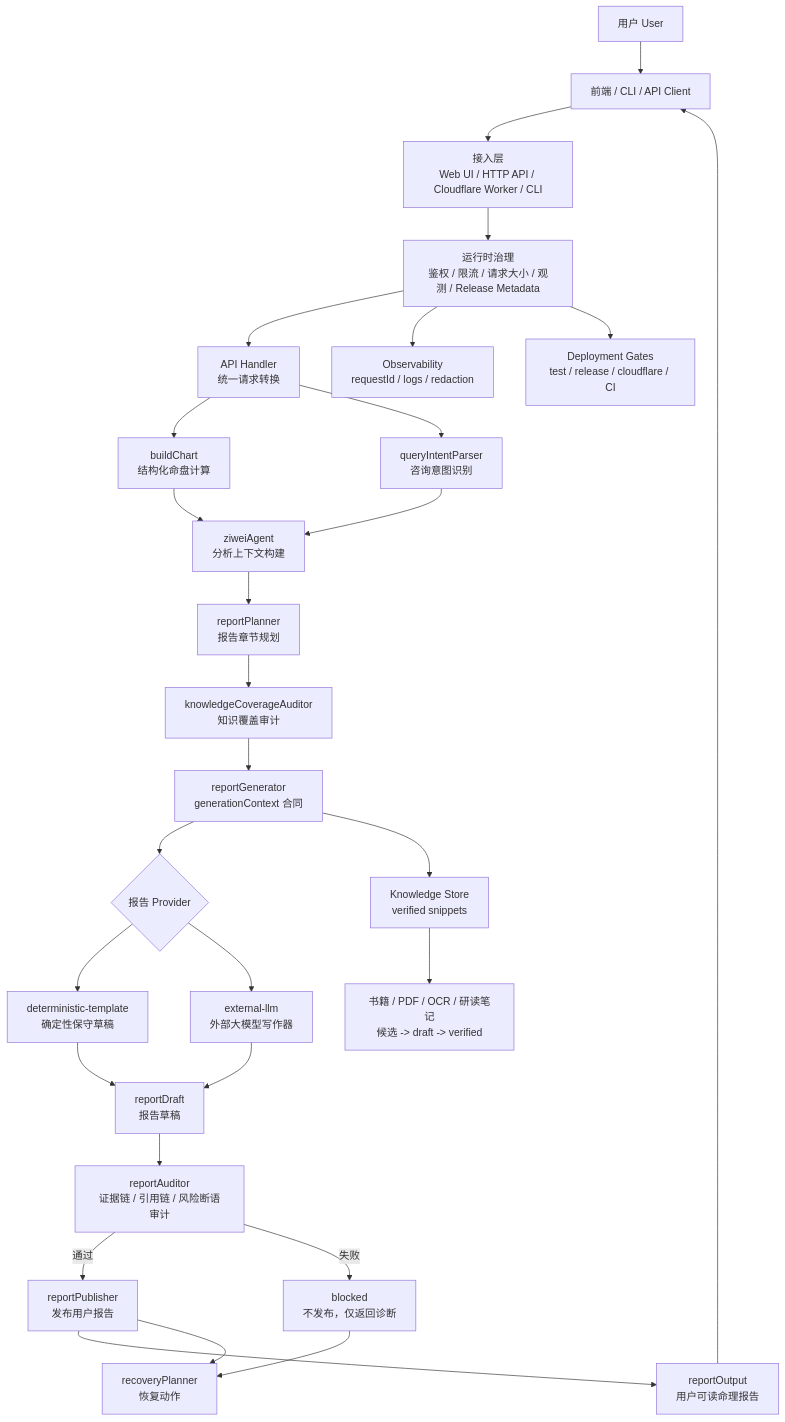
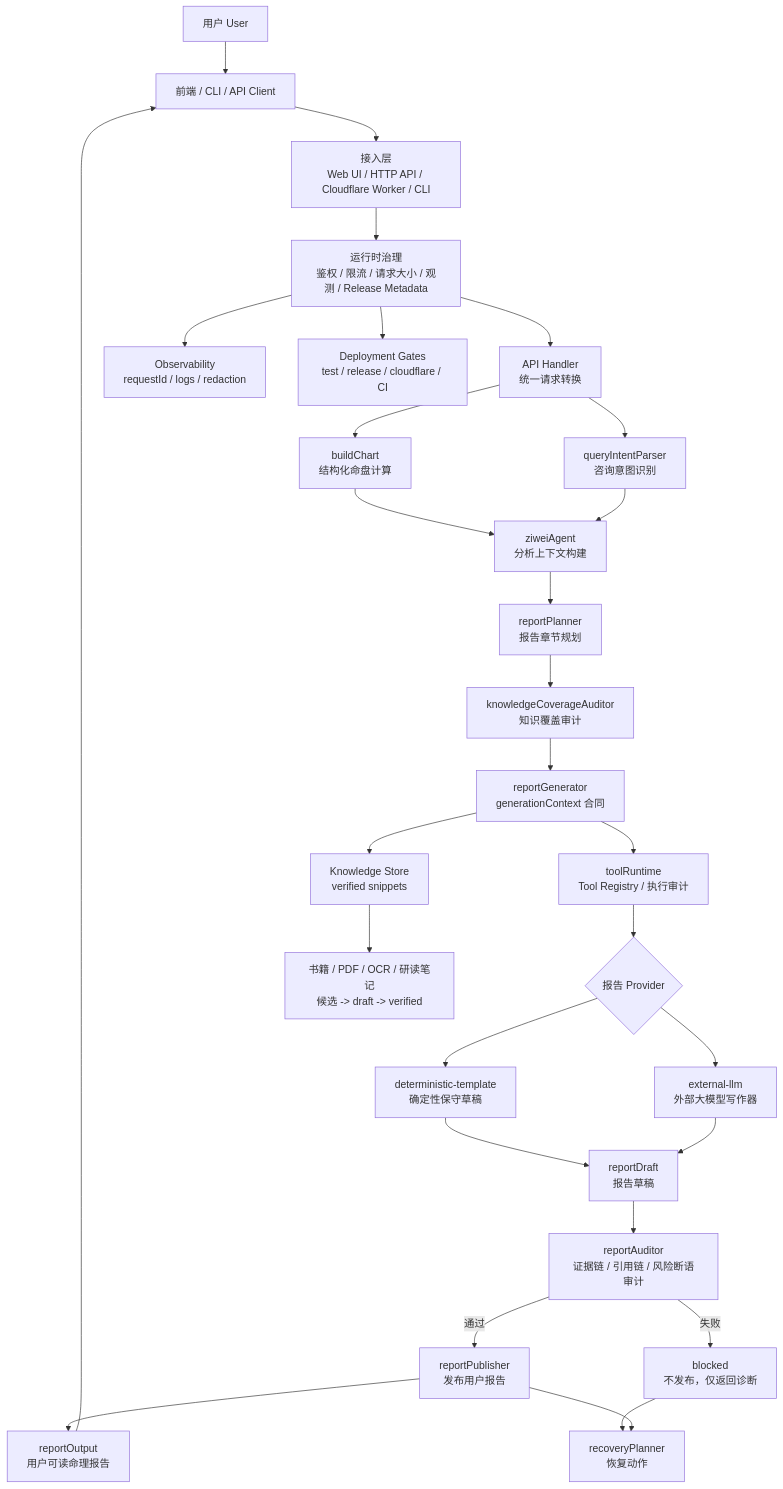
Before and after one commit to BlankLife886/ziwei-agent: the first of 6 diagrams in docs/ZIWEI_AGENT_SYSTEM_ARCHITECTURE.md, drawn with Mermaid. The commit also changed other lines of this file and 10 other files, not shown here.

Commit message:
Add auditable tool runtime

````diff
--- a/docs/ZIWEI_AGENT_SYSTEM_ARCHITECTURE.md
+++ b/docs/ZIWEI_AGENT_SYSTEM_ARCHITECTURE.md
@@ -87,40 +91,41 @@
 ```mermaid
 flowchart TD
     U["用户 User"] --> FE["前端 / CLI / API Client"]
     FE --> ACCESS["接入层<br/>Web UI / HTTP API / Cloudflare Worker / CLI"]
 
     ACCESS --> GATE["运行时治理<br/>鉴权 / 限流 / 请求大小 / 观测 / Release Metadata"]
     GATE --> HANDLER["API Handler<br/>统一请求转换"]
 
     HANDLER --> CHART["buildChart<br/>结构化命盘计算"]
     HANDLER --> INTENT["queryIntentParser<br/>咨询意图识别"]
 
     CHART --> AGENT["ziweiAgent<br/>分析上下文构建"]
     INTENT --> AGENT
 
     AGENT --> PLAN["reportPlanner<br/>报告章节规划"]
     PLAN --> KCHECK["knowledgeCoverageAuditor<br/>知识覆盖审计"]
     KCHECK --> GENCTX["reportGenerator<br/>generationContext 合同"]
+    GENCTX --> TOOLS["toolRuntime<br/>Tool Registry / 执行审计"]
 
-    GENCTX --> PROVIDER{"报告 Provider"}
+    TOOLS --> PROVIDER{"报告 Provider"}
     PROVIDER --> DET["deterministic-template<br/>确定性保守草稿"]
     PROVIDER --> LLM["external-llm<br/>外部大模型写作器"]
 
     DET --> DRAFT["reportDraft<br/>报告草稿"]
     LLM --> DRAFT
 
     DRAFT --> AUDIT["reportAuditor<br/>证据链 / 引用链 / 风险断语审计"]
     AUDIT -->|通过| PUB["reportPublisher<br/>发布用户报告"]
     AUDIT -->|失败| BLOCK["blocked<br/>不发布，仅返回诊断"]
     BLOCK --> RECOVERY["recoveryPlanner<br/>恢复动作"]
 
     PUB --> OUT["reportOutput<br/>用户可读命理报告"]
     PUB --> RECOVERY
     OUT --> FE
 
     GENCTX --> KBASE["Knowledge Store<br/>verified snippets"]
     KBASE --> SOURCES["书籍 / PDF / OCR / 研读笔记<br/>候选 -> draft -> verified"]
 
     GATE --> OBS["Observability<br/>requestId / logs / redaction"]
     GATE --> DEPLOY["Deployment Gates<br/>test / release / cloudflare / CI"]
 ```
````
